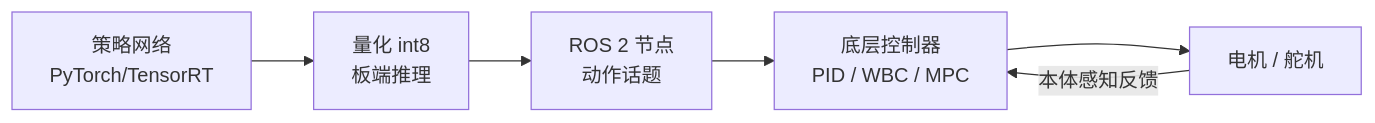
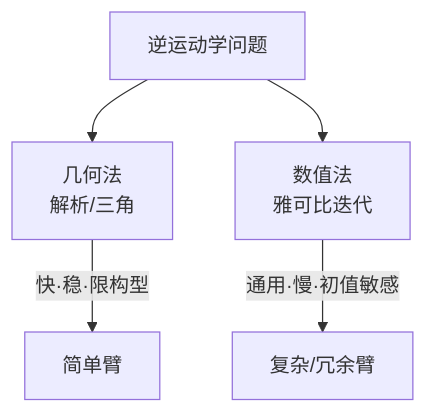
Before and after one commit to zizhengwang2026/Embodied-Intelligence-Learning: the diagram in study-log/2026-08-28-真实机器人部署与具身智能评测基准-zh.md, drawn with Mermaid. The commit also changed other lines of this file, not shown here.

````diff
--- a/study-log/2026-08-28-真实机器人部署与具身智能评测基准-zh.md
+++ b/study-log/2026-08-28-真实机器人部署与具身智能评测基准-zh.md
@@ -28,8 +44,7 @@
 ```mermaid
-flowchart LR
-    P[策略网络<br>PyTorch/TensorRT] --> Q[量化 int8<br>板端推理]
-    Q --> ROS[ROS 2 节点<br>动作话题]
-    ROS --> CTRL[底层控制器<br>PID / WBC / MPC]
-    CTRL --> M[电机 / 舵机]
-    M -->|本体感知反馈| CTRL
+flowchart TD
+    IK[逆运动学问题] --> GEO[几何法<br>解析/三角]
+    IK --> NUM[数值法<br>雅可比迭代]
+    GEO -->|快·稳·限构型| R1[简单臂]
+    NUM -->|通用·慢·初值敏感| R2[复杂/冗余臂]
 ```
````
